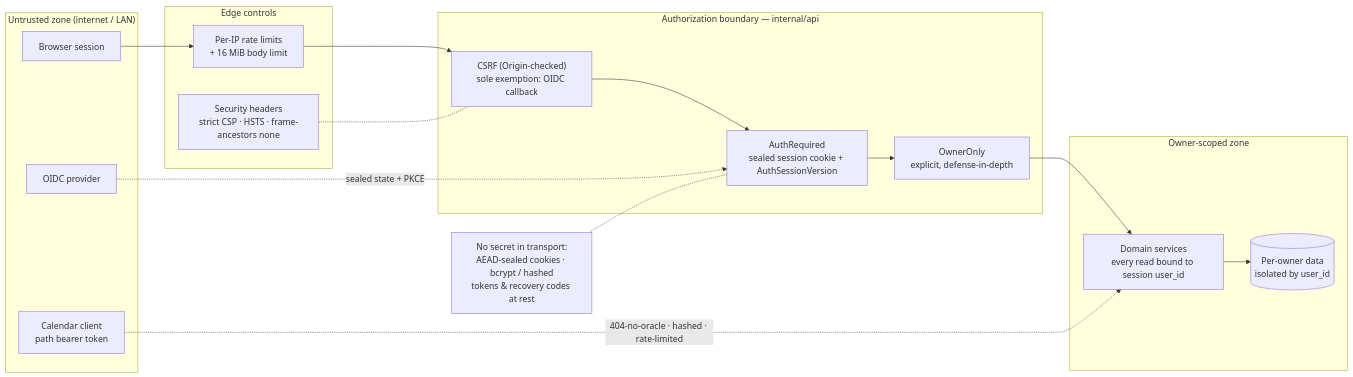
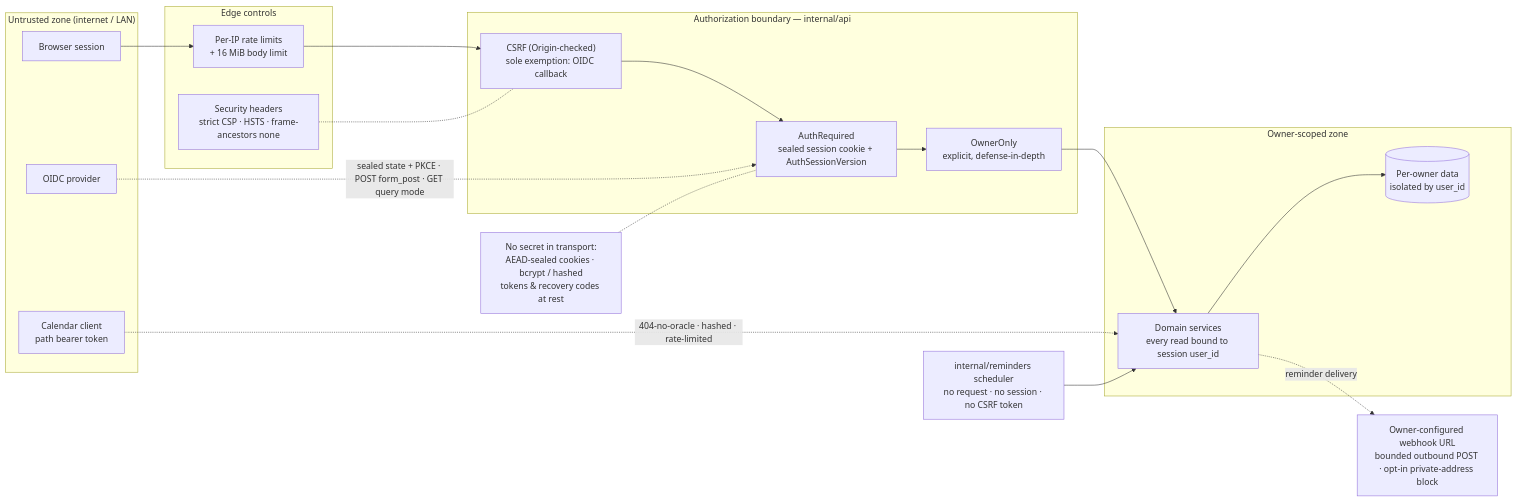
One commit to ovumcy/ovumcy-web changed the second of 3 diagrams in docs/architecture.md. Above: the diagram before and after it, drawn with Mermaid. The commit also changed other lines of this file and 4 other files, not shown here.

````diff
--- a/docs/architecture.md
+++ b/docs/architecture.md
@@ -81,32 +112,36 @@
 ```mermaid
 flowchart LR
     subgraph untrusted["Untrusted zone (internet / LAN)"]
         ub["Browser session"]
         uc["Calendar client<br/>path bearer token"]
         ui["OIDC provider"]
     end
 
     subgraph edge["Edge controls"]
         rl["Per-IP rate limits<br/>+ 16 MiB body limit"]
         hdr["Security headers<br/>strict CSP · HSTS · frame-ancestors none"]
     end
 
     subgraph authz["Authorization boundary — internal/api"]
         csrf["CSRF (Origin-checked)<br/>sole exemption: OIDC callback"]
         auth["AuthRequired<br/>sealed session cookie + AuthSessionVersion"]
         owner["OwnerOnly<br/>explicit, defense-in-depth"]
     end
 
     subgraph trusted["Owner-scoped zone"]
         domain["Domain services<br/>every read bound to session user_id"]
         data[("Per-owner data<br/>isolated by user_id")]
     end
 
     secrets["No secret in transport:<br/>AEAD-sealed cookies · bcrypt / hashed<br/>tokens &amp; recovery codes at rest"]
+    sched["internal/reminders scheduler<br/>no request · no session · no CSRF token"]
+    hook["Owner-configured webhook URL<br/>bounded outbound POST · opt-in private-address block"]
 
     ub --> rl --> csrf --> auth --> owner --> domain --> data
-    ui -. "sealed state + PKCE" .-> auth
+    ui -. "sealed state + PKCE · POST form_post · GET query mode" .-> auth
     uc -. "404-no-oracle · hashed · rate-limited" .-> domain
+    sched --> domain
+    domain -. "reminder delivery" .-> hook
     hdr -.- csrf
     secrets -.- auth
 ```
````
